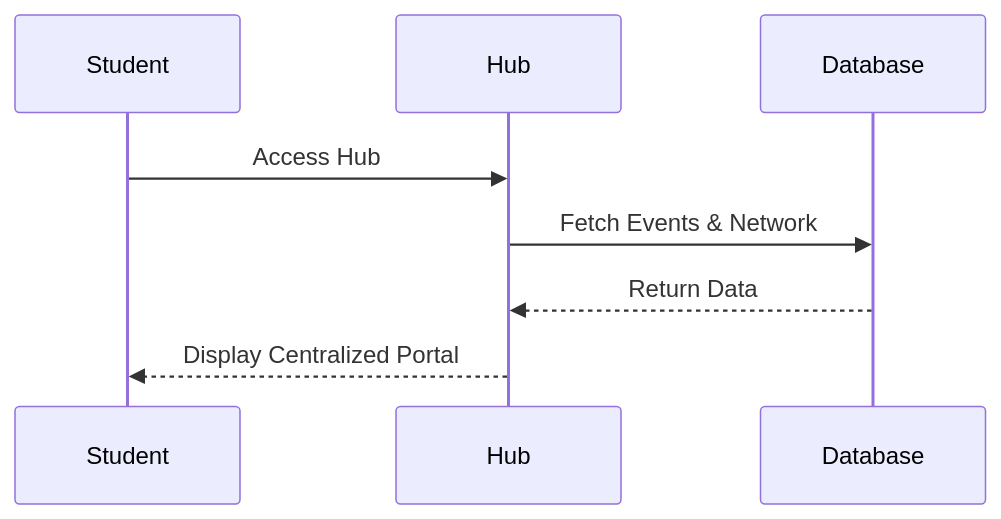
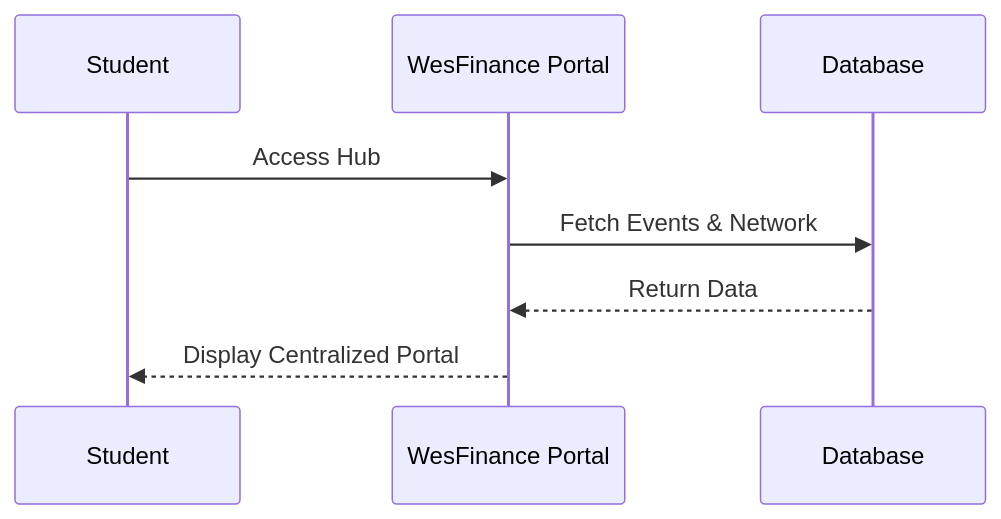
Before and after one commit to Builder106/wesfinance-hub: the diagram in README.md, drawn with Mermaid. The commit also changed other lines of this file, not shown here.

Commit message:
docs: update README for clarity and improve diagram labeling

````diff
--- a/README.md
+++ b/README.md
@@ -13,11 +13,11 @@
 ```mermaid
 sequenceDiagram
     participant Student
-    participant Hub
+    participant Hub as WesFinance Portal
     participant Database
     
     Student->>Hub: Access Hub
     Hub->>Database: Fetch Events & Network
     Database-->>Hub: Return Data
     Hub-->>Student: Display Centralized Portal
 ```
````
